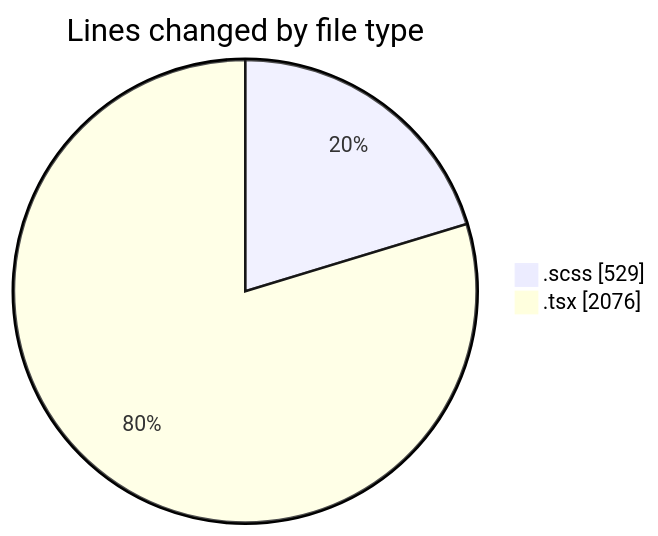
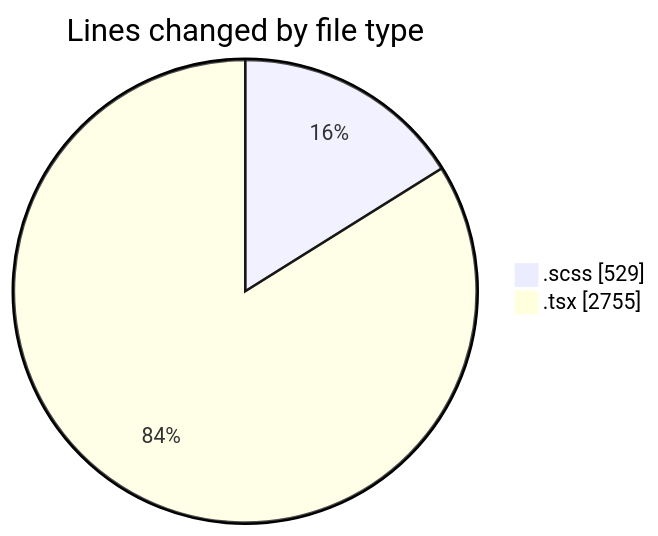
Before and after one commit to momahboobian/code-tracking: the first of 2 diagrams in 2025-08-28/cda/README.md, drawn with Mermaid. The commit also changed other lines of this file and 1 other file, not shown here.

````diff
--- a/2025-08-28/cda/README.md
+++ b/2025-08-28/cda/README.md
@@ -27,6 +28,6 @@
 ```mermaid
 pie showData
 title Lines changed by file type
 ".scss" : 529
-".tsx" : 2076
+".tsx" : 2755
 ```
````
